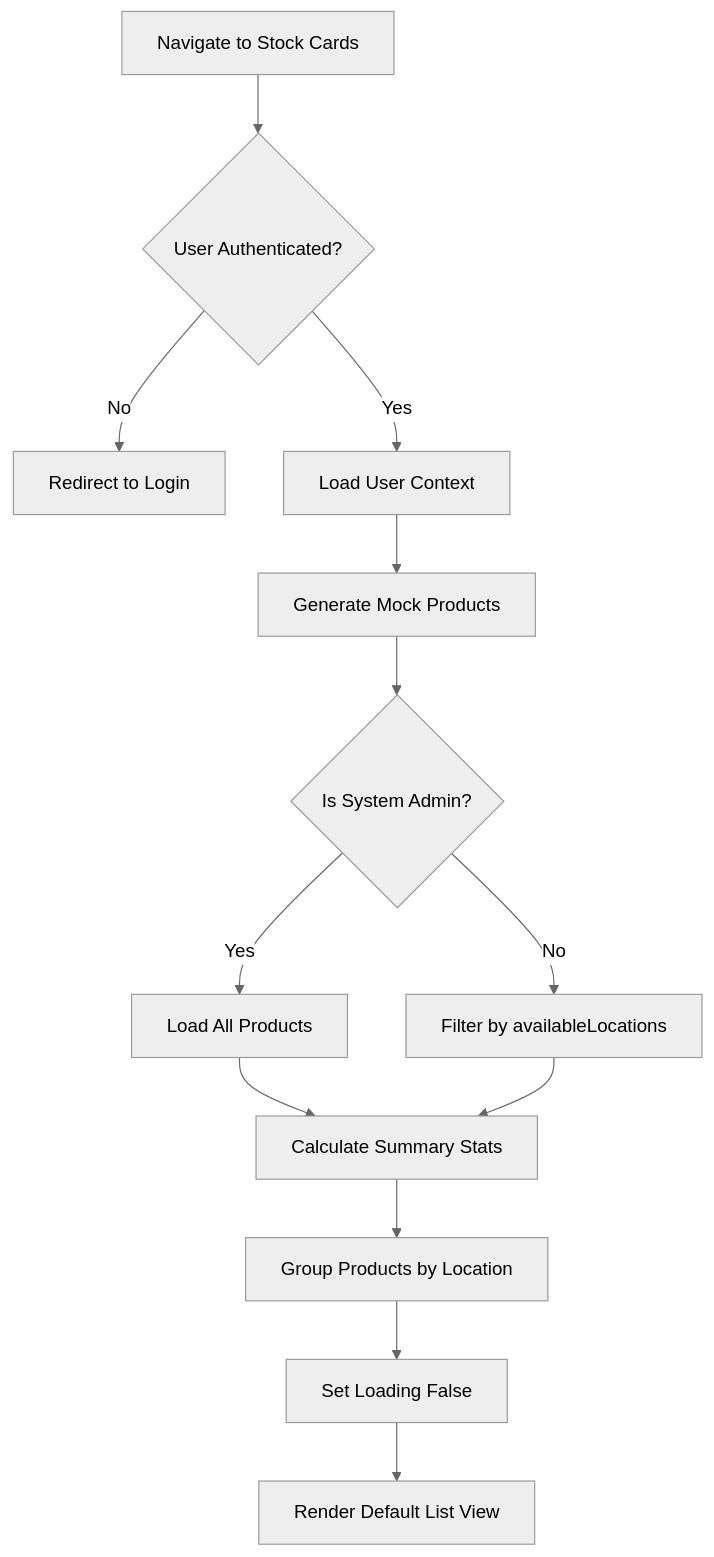
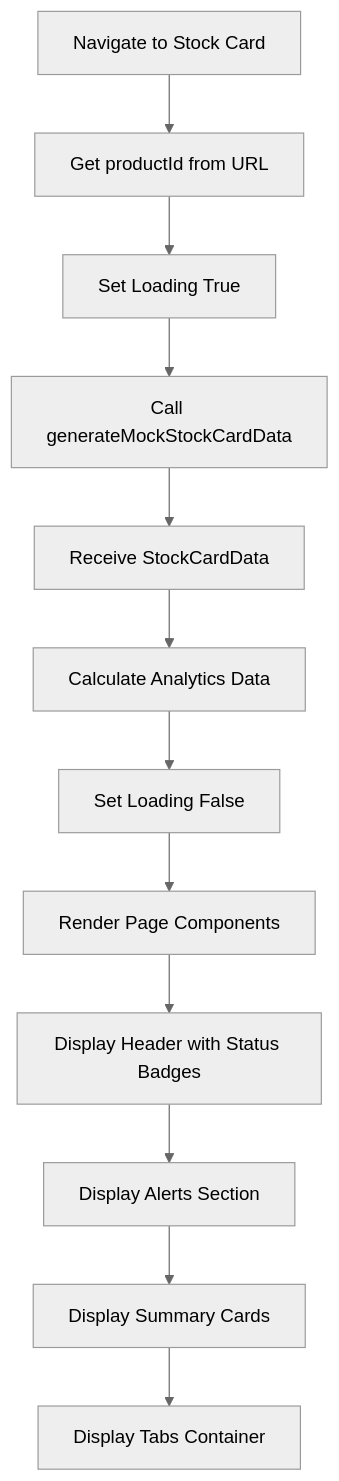
The first of 16 diagrams in docs/app/inventory-management/stock-overview/stock-cards/FD-stock-cards.md (PeakMNA/carmen), drawn with Mermaid (neutral theme) before and after one commit. The commit also changed other lines of this file and 473 other files, not shown here.

````diff
--- a/docs/app/inventory-management/stock-overview/stock-cards/FD-stock-cards.md
+++ b/docs/app/inventory-management/stock-overview/stock-cards/FD-stock-cards.md
@@ -15,15 +22,14 @@
 ```mermaid
 flowchart TD
-    A[Navigate to Stock Cards] --> B{User Authenticated?}
-    B -->|No| C[Redirect to Login]
-    B -->|Yes| D[Load User Context]
-    D --> E[Generate Mock Products]
-    E --> F{Is System Admin?}
-    F -->|Yes| G[Load All Products]
-    F -->|No| H[Filter by availableLocations]
-    G --> I[Calculate Summary Stats]
-    H --> I
-    I --> J[Group Products by Location]
-    J --> K[Set Loading False]
-    K --> L[Render Default List View]
+    A[Navigate to Stock Card] --> B[Get productId from URL]
+    B --> C[Set Loading True]
+    C --> D[Call generateMockStockCardData]
+    D --> E[Receive StockCardData]
+    E --> F[Calculate Analytics Data]
+    F --> G[Set Loading False]
+    G --> H[Render Page Components]
+    H --> I[Display Header with Status Badges]
+    I --> J[Display Alerts Section]
+    J --> K[Display Summary Cards]
+    K --> L[Display Tabs Container]
 ```
````
